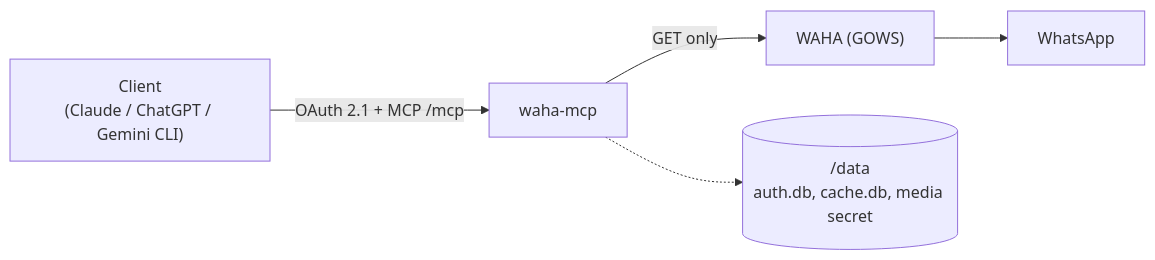
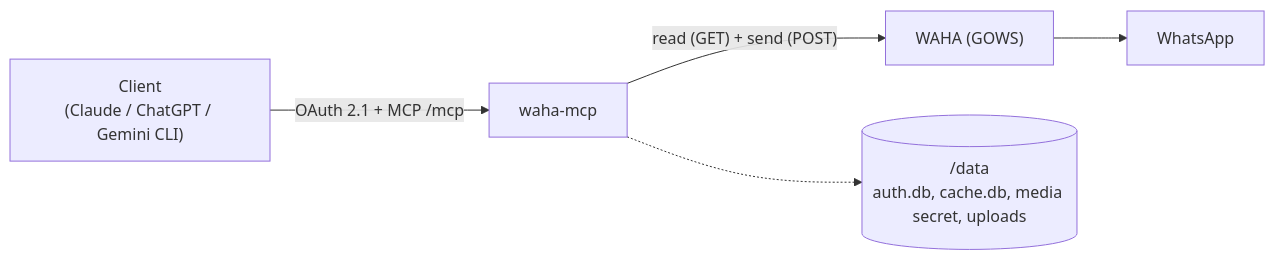
The diagram in README.md (stivenrosales/waha-mcp), drawn with Mermaid before and after one commit. The commit also changed other lines of this file and 7 other files, not shown here.

````diff
--- a/README.md
+++ b/README.md
@@ -49,7 +50,7 @@
 ```mermaid
 flowchart LR
   Client["Client<br/>(Claude / ChatGPT / Gemini CLI)"] -->|"OAuth 2.1 + MCP /mcp"| MCP["waha-mcp"]
-  MCP -->|"GET only"| WAHA["WAHA (GOWS)"]
+  MCP -->|"read (GET) + send (POST)"| WAHA["WAHA (GOWS)"]
   WAHA --> WA["WhatsApp"]
-  MCP -.-> Data[("/data<br/>auth.db, cache.db, media secret")]
+  MCP -.-> Data[("/data<br/>auth.db, cache.db, media secret, uploads")]
 ```
````
